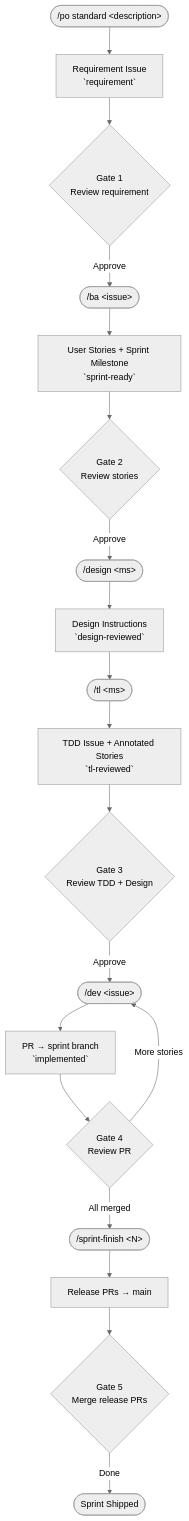
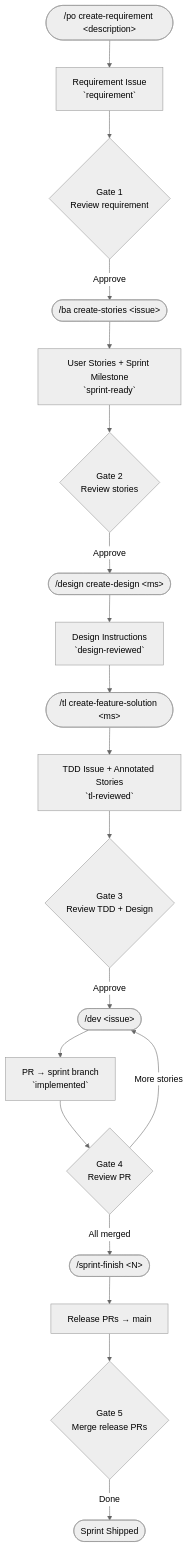
One commit to simpscal/notism changed the first of 2 diagrams in README.md. Above: the diagram before and after it, drawn with Mermaid (neutral theme). The commit also changed other lines of this file and 17 other files, not shown here.

````diff
--- a/README.md
+++ b/README.md
@@ -21,21 +21,21 @@
 ```mermaid
 flowchart TD
-    A(["/po standard &lt;description&gt;"]) --> B["Requirement Issue<br/>`requirement`"]
+    A(["/po create-requirement &lt;description&gt;"]) --> B["Requirement Issue<br/>`requirement`"]
     B --> G1{Gate 1<br/>Review requirement}
-    G1 -->|Approve| C(["/ba &lt;issue&gt;"])
+    G1 -->|Approve| C(["/ba create-stories &lt;issue&gt;"])
     C --> D["User Stories + Sprint Milestone<br/>`sprint-ready`"]
     D --> G2{Gate 2<br/>Review stories}
-    G2 -->|Approve| E1(["/design &lt;ms&gt;"])
+    G2 -->|Approve| E1(["/design create-design &lt;ms&gt;"])
     E1 --> F1["Design Instructions<br/>`design-reviewed`"]
-    F1 --> E2(["/tl &lt;ms&gt;"])
+    F1 --> E2(["/tl create-feature-solution &lt;ms&gt;"])
     E2 --> F2["TDD Issue + Annotated Stories<br/>`tl-reviewed`"]
     F2 --> G3{Gate 3<br/>Review TDD + Design}
     G3 -->|Approve| H(["/dev &lt;issue&gt;"])
     H --> I["PR → sprint branch<br/>`implemented`"]
     I --> G4{Gate 4<br/>Review PR}
     G4 -->|More stories| H
     G4 -->|All merged| J(["/sprint-finish &lt;N&gt;"])
     J --> K["Release PRs → main"]
     K --> G5{Gate 5<br/>Merge release PRs}
     G5 -->|Done| L([Sprint Shipped])
 ```
````
